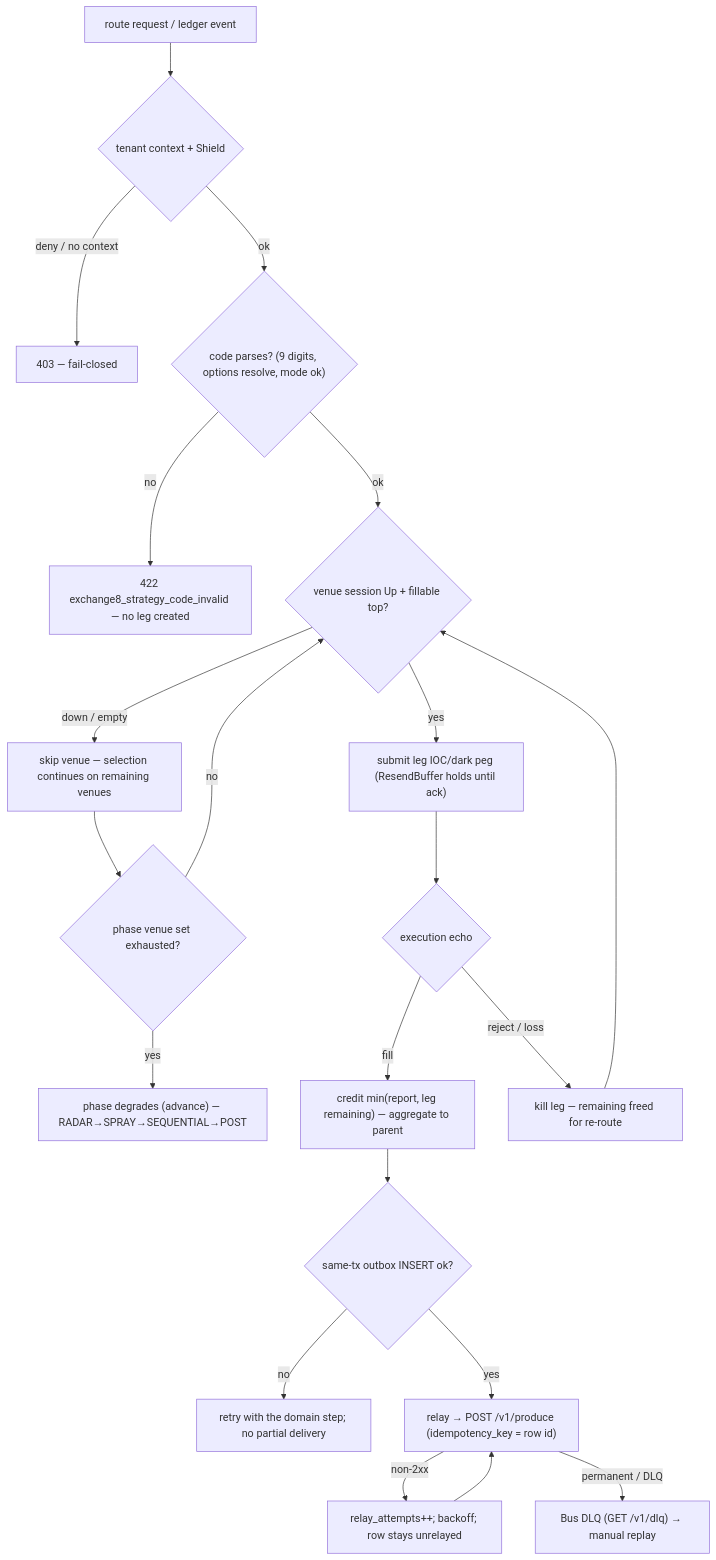
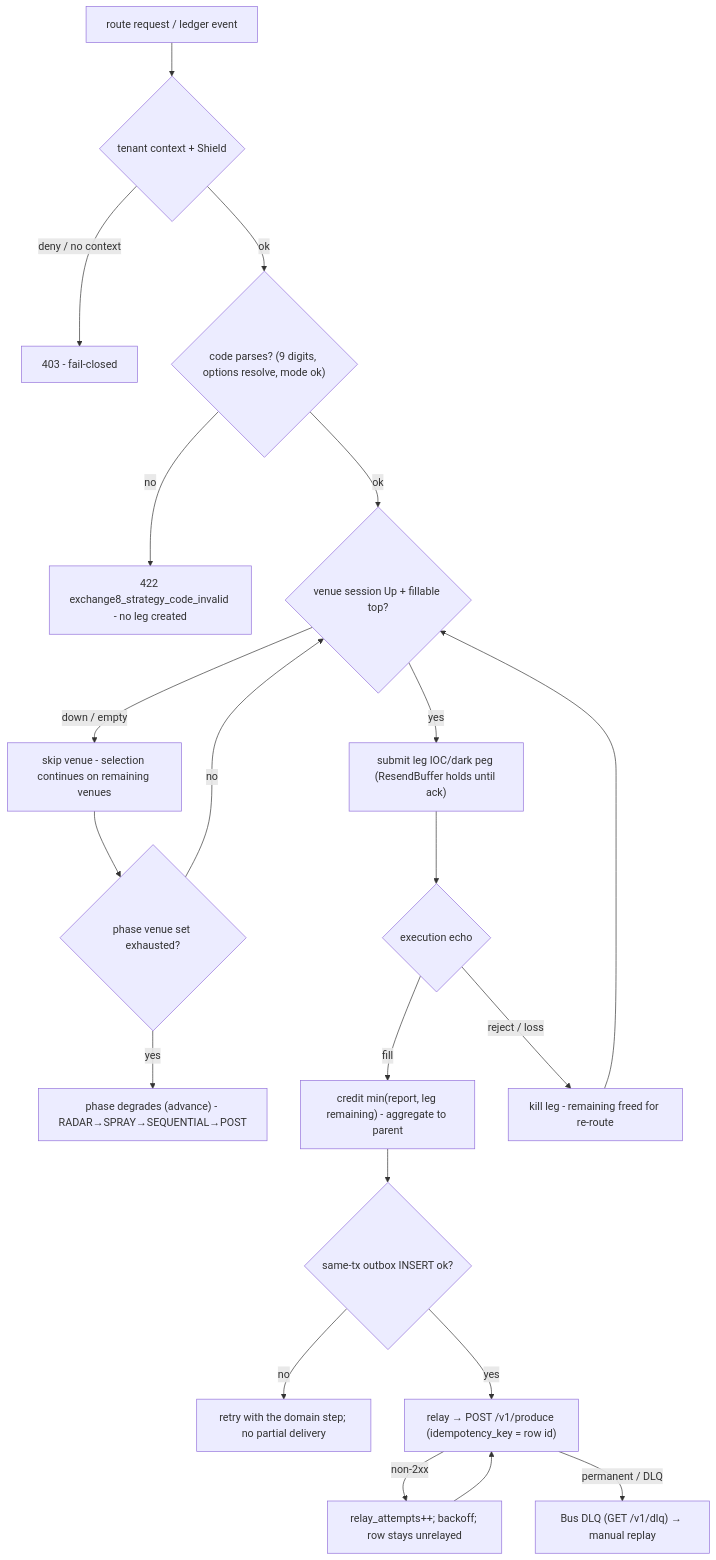
One commit to Exchange8-dev/exchange8-sor changed diagram 13 of 16 in DESIGN.md. Above: the diagram before and after it, drawn with Mermaid. The commit also changed other lines of this file and 18 other files, not shown here.

````diff
--- a/DESIGN.md
+++ b/DESIGN.md
@@ -627,23 +627,23 @@
 ```mermaid
 flowchart TD
     REQ["route request / ledger event"] --> CTX{"tenant context + Shield"}
-    CTX -->|deny / no context| R403["403 — fail-closed"]
+    CTX -->|deny / no context| R403["403 - fail-closed"]
     CTX -->|ok| CODE{"code parses? (9 digits, options resolve, mode ok)"}
-    CODE -->|no| R422["422 exchange8_strategy_code_invalid — no leg created"]
+    CODE -->|no| R422["422 exchange8_strategy_code_invalid - no leg created"]
     CODE -->|ok| SES{"venue session Up + fillable top?"}
-    SES -->|down / empty| SKP["skip venue — selection continues on remaining venues"]
+    SES -->|down / empty| SKP["skip venue - selection continues on remaining venues"]
     SKP --> EXH{"phase venue set exhausted?"}
     EXH -->|no| SES
-    EXH -->|yes| DEG["phase degrades (advance) — RADAR→SPRAY→SEQUENTIAL→POST"]
+    EXH -->|yes| DEG["phase degrades (advance) - RADAR→SPRAY→SEQUENTIAL→POST"]
     SES -->|yes| SUB["submit leg IOC/dark peg (ResendBuffer holds until ack)"]
     SUB --> ECH{"execution echo"}
-    ECH -->|fill| CAP["credit min(report, leg remaining) — aggregate to parent"]
-    ECH -->|reject / loss| KIL["kill leg — remaining freed for re-route"]
+    ECH -->|fill| CAP["credit min(report, leg remaining) - aggregate to parent"]
+    ECH -->|reject / loss| KIL["kill leg - remaining freed for re-route"]
     KIL --> SES
     CAP --> OB{"same-tx outbox INSERT ok?"}
     OB -->|no| RET["retry with the domain step; no partial delivery"]
     OB -->|yes| RLY["relay → POST /v1/produce (idempotency_key = row id)"]
     RLY -->|non-2xx| RET2["relay_attempts++; backoff; row stays unrelayed"]
     RET2 --> RLY
     RLY -->|permanent / DLQ| DLQ["Bus DLQ (GET /v1/dlq) → manual replay"]
 ```
````
